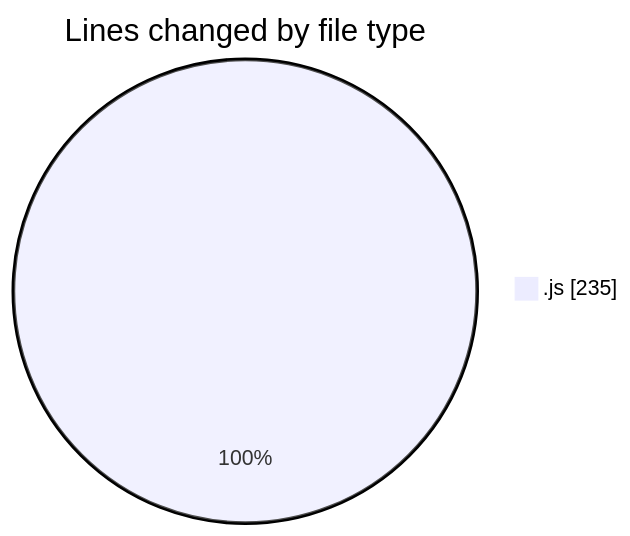
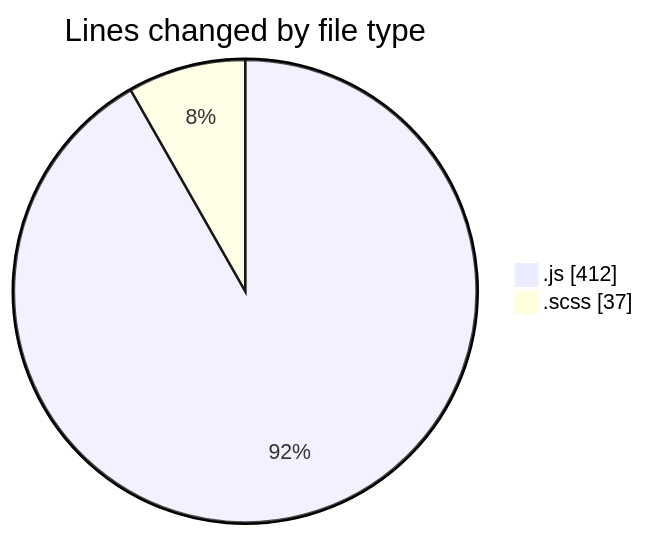
The first of 2 diagrams in 2026-01-05/cda/README.md (momahboobian/code-tracking), drawn with Mermaid before and after one commit. The commit also changed other lines of this file and 1 other file, not shown here.

````diff
--- a/2026-01-05/cda/README.md
+++ b/2026-01-05/cda/README.md
@@ -20,5 +22,6 @@
 ```mermaid
 pie showData
 title Lines changed by file type
-".js" : 235
+".js" : 412
+".scss" : 37
 ```
````
